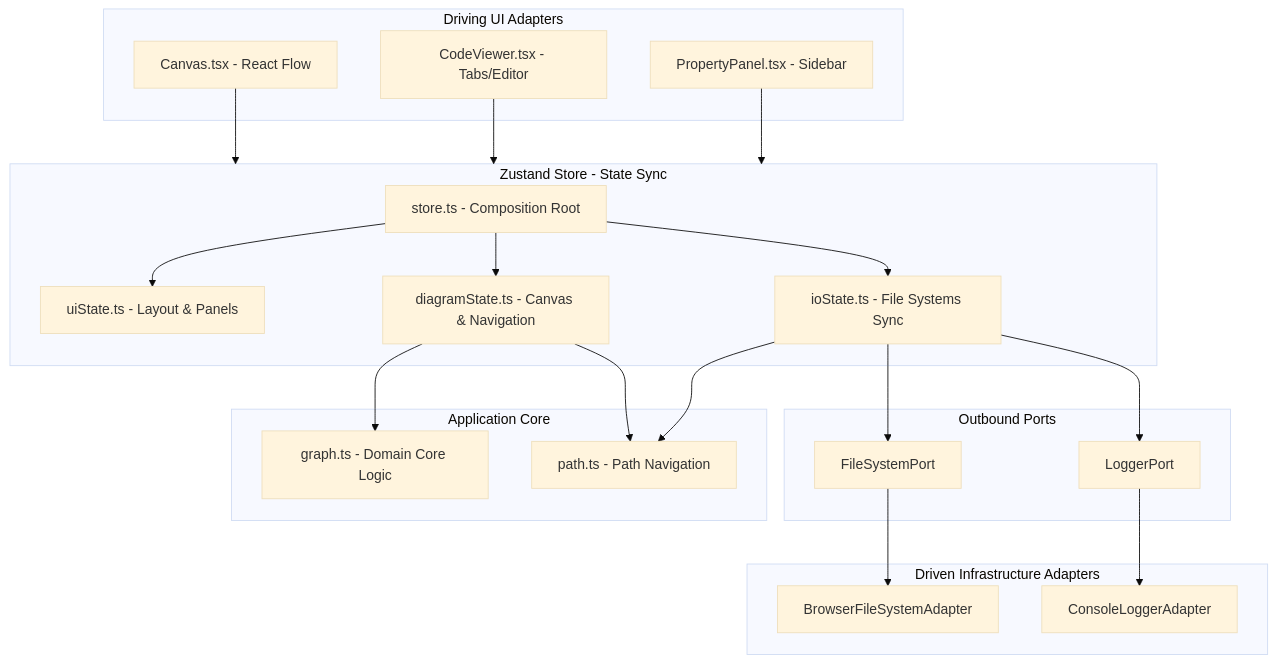
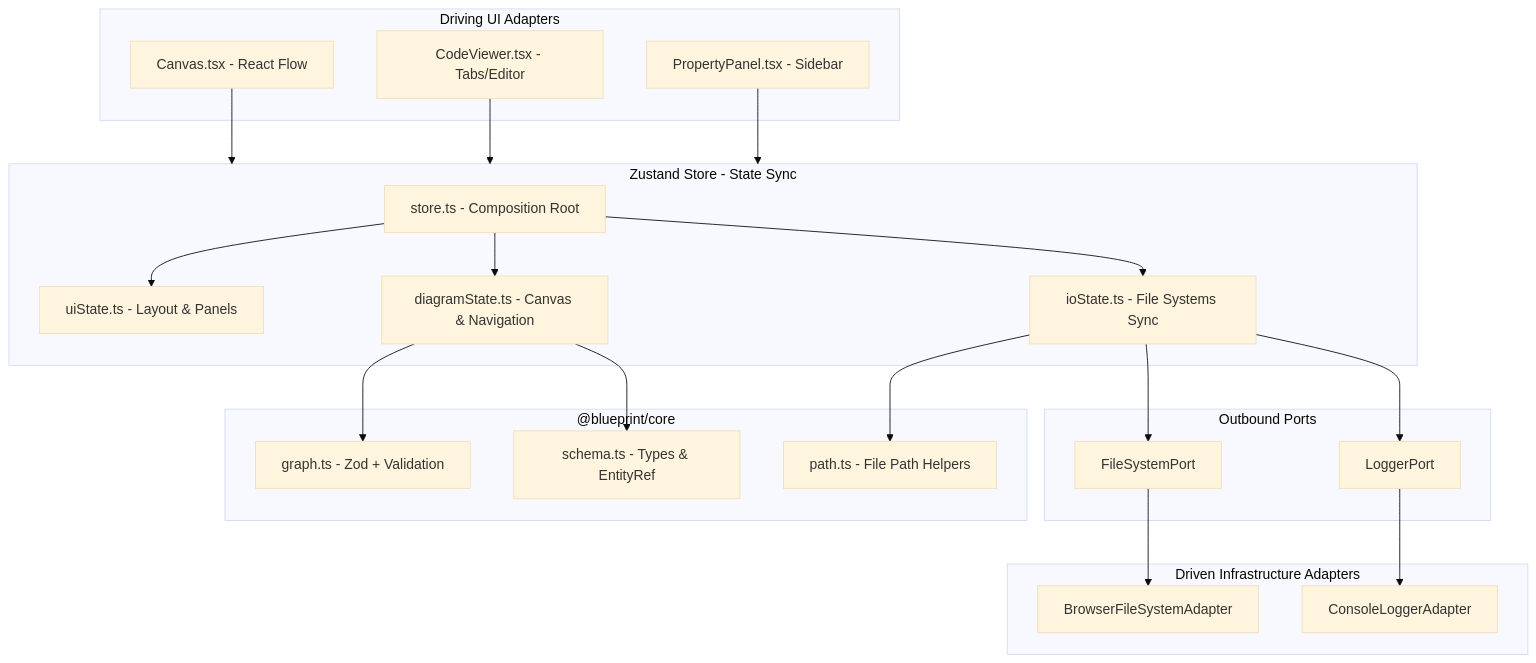
The first of 2 diagrams in docs/architecture.md (mzworthington/blueprint), drawn with Mermaid (base theme) before and after one commit. The commit also changed other lines of this file and 414 other files, not shown here.

First line of the commit message:
Refactor and migrate blueprint system to modular architecture

````diff
--- a/docs/architecture.md
+++ b/docs/architecture.md
@@ -11,44 +11,45 @@
 ```mermaid
 graph TD
     subgraph Driving [Driving UI Adapters]
         Canvas[Canvas.tsx - React Flow]
         CodeViewer[CodeViewer.tsx - Tabs/Editor]
         PropertyPanel[PropertyPanel.tsx - Sidebar]
     end
 
     subgraph Store [Zustand Store - State Sync]
         StoreEntry[store.ts - Composition Root]
         UiState[uiState.ts - Layout & Panels]
         DiagramState[diagramState.ts - Canvas & Navigation]
         IoState[ioState.ts - File Systems Sync]
         StoreEntry --> UiState
         StoreEntry --> DiagramState
         StoreEntry --> IoState
     end
 
-    subgraph Core [Application Core]
-        DomainGraph[graph.ts - Domain Core Logic]
-        DomainPath[path.ts - Path Navigation]
+    subgraph Core ["@blueprint/core"]
+        DomainSchema[schema.ts - Types & EntityRef]
+        DomainGraph[graph.ts - Zod + Validation]
+        DomainPath[path.ts - File Path Helpers]
     end
 
     subgraph Ports [Outbound Ports]
         FSPort[FileSystemPort]
         LoggerPort[LoggerPort]
     end
 
     subgraph Driven [Driven Infrastructure Adapters]
         FSAdapter[BrowserFileSystemAdapter]
         LogAdapter[ConsoleLoggerAdapter]
     end
 
     Canvas --> Store
     CodeViewer --> Store
     PropertyPanel --> Store
     DiagramState --> DomainGraph
-    DiagramState --> DomainPath
+    DiagramState --> DomainSchema
     IoState --> DomainPath
     IoState --> FSPort
     IoState --> LoggerPort
     FSPort --> FSAdapter
     LoggerPort --> LogAdapter
 ```
````
